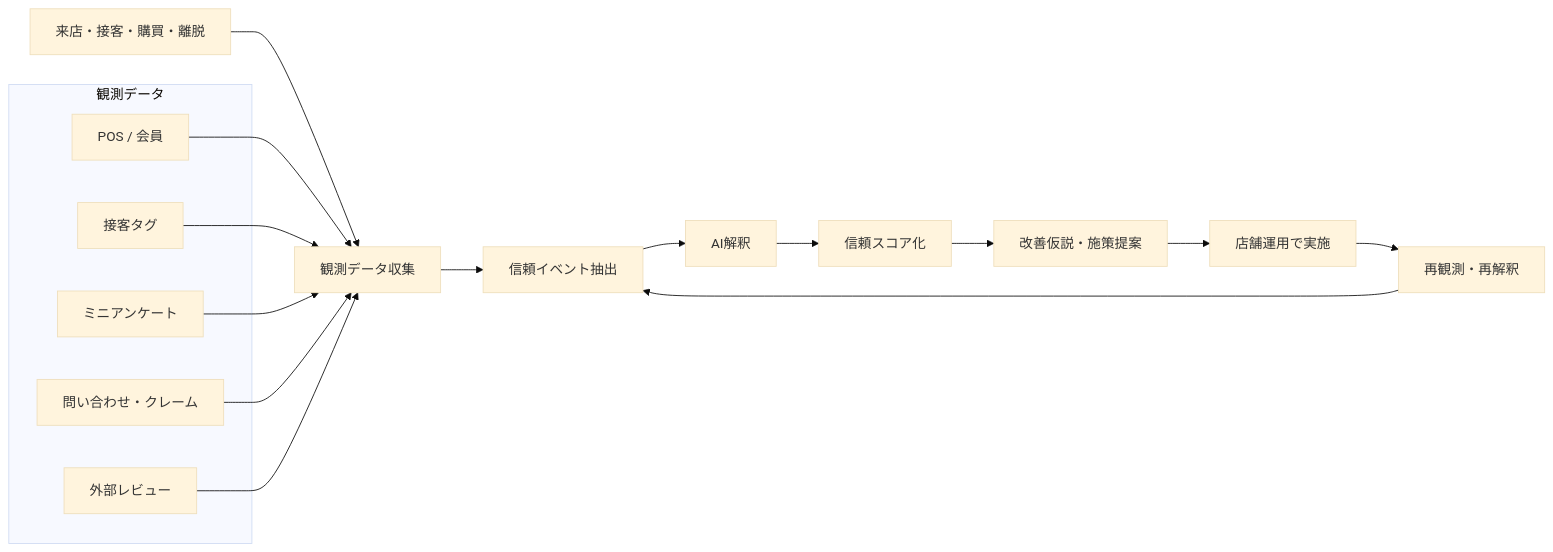
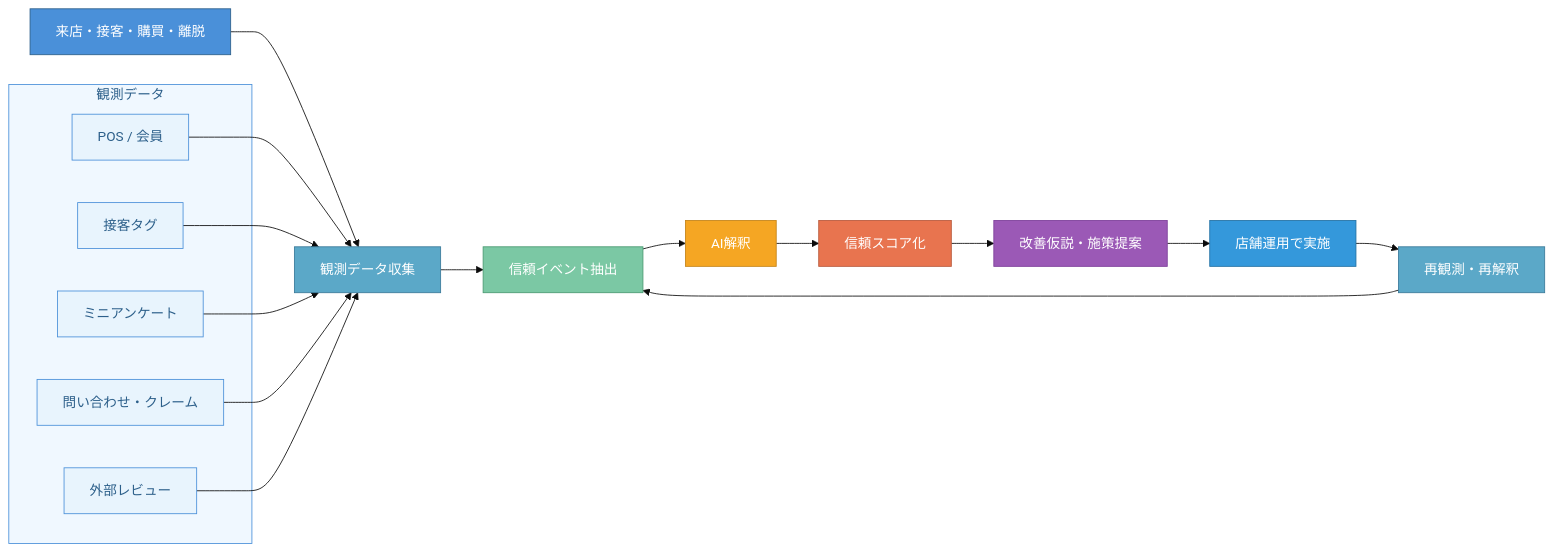
One commit to KazuakiWatanabe/subjective-trust-platform changed the first of 4 diagrams in docs/trust-system-summary-mermaid.md. Above: the diagram before and after it, drawn with Mermaid (base theme). The commit also changed other lines of this file and 2 other files, not shown here.

Commit message:
図の修正

````diff
--- a/docs/trust-system-summary-mermaid.md
+++ b/docs/trust-system-summary-mermaid.md
@@ -105,25 +105,42 @@
 ```mermaid
 flowchart LR
     A[来店・接客・購買・離脱] --> B[観測データ収集]
     B --> C[信頼イベント抽出]
     C --> D[AI解釈]
     D --> E[信頼スコア化]
     E --> F[改善仮説・施策提案]
     F --> G[店舗運用で実施]
     G --> H[再観測・再解釈]
     H --> C
 
     subgraph Data["観測データ"]
         B1[POS / 会員]
         B2[接客タグ]
         B3[ミニアンケート]
         B4[問い合わせ・クレーム]
         B5[外部レビュー]
     end
 
     B1 --> B
     B2 --> B
     B3 --> B
     B4 --> B
     B5 --> B
+
+    style A fill:#4A90D9,stroke:#2C5F8A,color:#fff
+    style B fill:#5BA8C8,stroke:#3A7A9A,color:#fff
+    style C fill:#7BC8A4,stroke:#4A9A72,color:#fff
+    style D fill:#F5A623,stroke:#C4841A,color:#fff
+    style E fill:#E8744F,stroke:#B85A3D,color:#fff
+    style F fill:#9B59B6,stroke:#7D3F9A,color:#fff
+    style G fill:#3498DB,stroke:#2471A3,color:#fff
+    style H fill:#5BA8C8,stroke:#3A7A9A,color:#fff
+
+    style B1 fill:#E8F4FD,stroke:#4A90D9,color:#2C5F8A
+    style B2 fill:#E8F4FD,stroke:#4A90D9,color:#2C5F8A
+    style B3 fill:#E8F4FD,stroke:#4A90D9,color:#2C5F8A
+    style B4 fill:#E8F4FD,stroke:#4A90D9,color:#2C5F8A
+    style B5 fill:#E8F4FD,stroke:#4A90D9,color:#2C5F8A
+
+    style Data fill:#F0F8FF,stroke:#4A90D9,color:#2C5F8A
 ```
````
